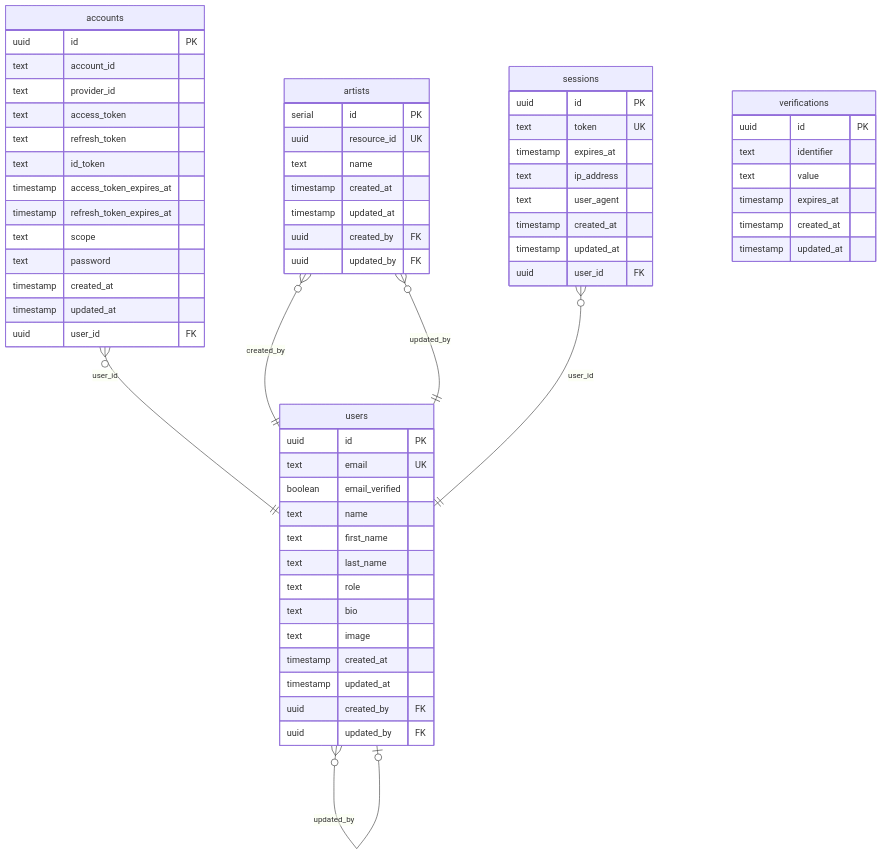
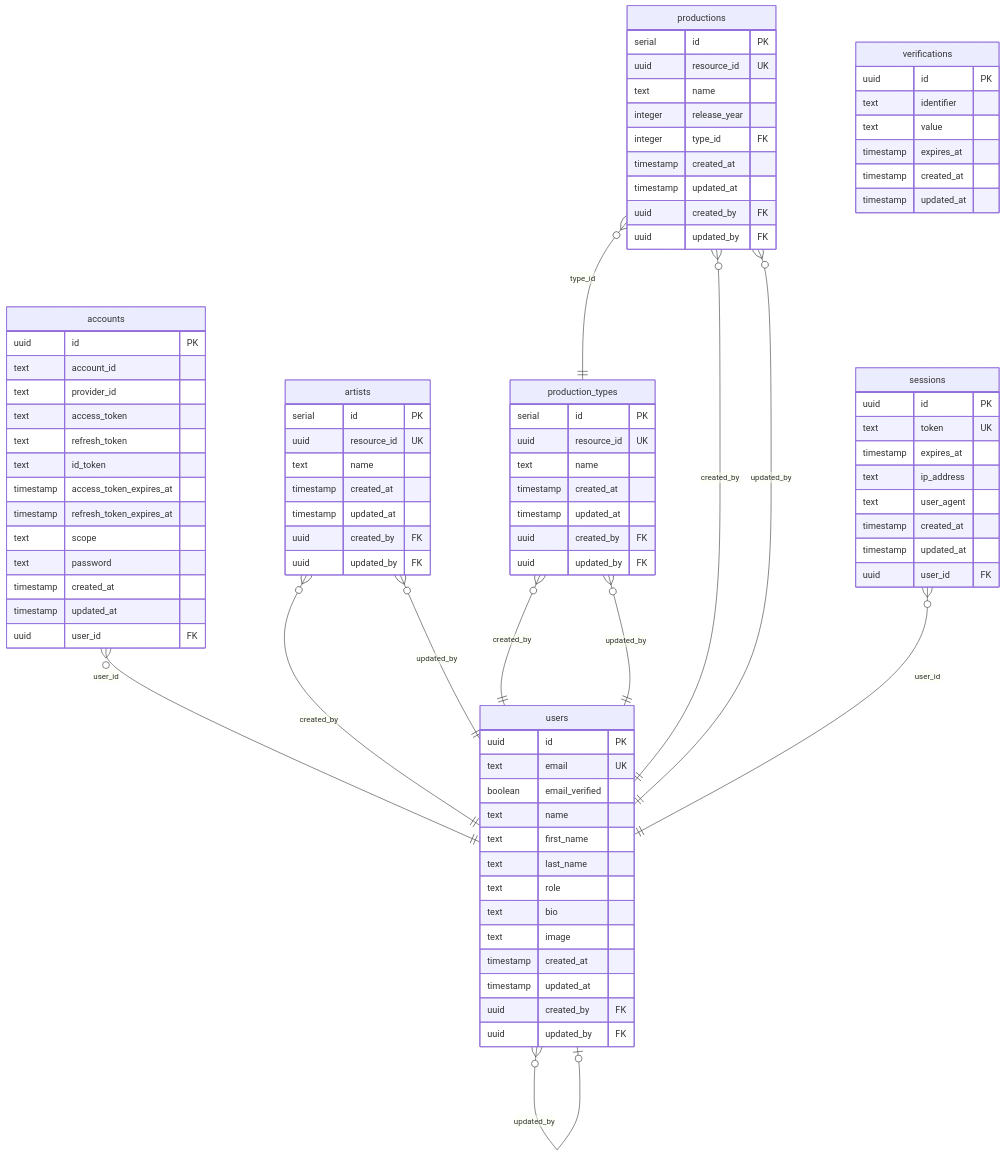
Before and after one commit to gleneseo/song-lists: the diagram in docs/db/schema.md, drawn with Mermaid. The commit also changed other lines of this file and 3 other files, not shown here.

Commit message:
feat: add productions and production_types tables

```diff
--- a/docs/db/schema.md
+++ b/docs/db/schema.md
@@ -185,6 +256,11 @@
     accounts }o--|| users : "user_id"
     artists }o--|| users : "created_by"
     artists }o--|| users : "updated_by"
+    production_types }o--|| users : "created_by"
+    production_types }o--|| users : "updated_by"
+    productions }o--|| users : "created_by"
+    productions }o--|| production_types : "type_id"
+    productions }o--|| users : "updated_by"
     sessions }o--|| users : "user_id"
     users }o--o| users : "created_by"
     users }o--o| users : "updated_by"
@@ -208,6 +284,26 @@
         serial id PK
         uuid resource_id UK
         text name
+        timestamp created_at
+        timestamp updated_at
+        uuid created_by FK
+        uuid updated_by FK
+    }
+    production_types {
+        serial id PK
+        uuid resource_id UK
+        text name
+        timestamp created_at
+        timestamp updated_at
+        uuid created_by FK
+        uuid updated_by FK
+    }
+    productions {
+        serial id PK
+        uuid resource_id UK
+        text name
+        integer release_year
+        integer type_id FK
         timestamp created_at
         timestamp updated_at
         uuid created_by FK
```
